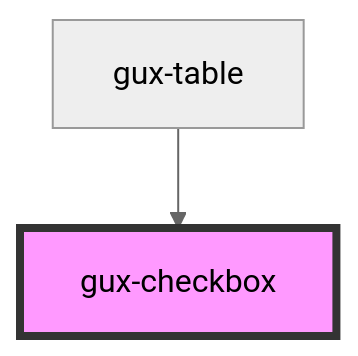
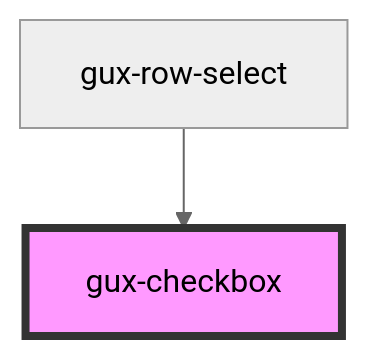
The diagram in src/components/stable/gux-checkbox/readme.md (ueno-llc/genesys-webcomponents), drawn with Mermaid (neutral theme) before and after one commit. The commit also changed other lines of this file and 6 other files, not shown here.

First line of the commit message:
feat(table row selection): create gux-row-select component

````diff
--- a/src/components/stable/gux-checkbox/readme.md
+++ b/src/components/stable/gux-checkbox/readme.md
@@ -52,5 +52,5 @@
 ```mermaid
 graph TD;
-  gux-table --> gux-checkbox
+  gux-row-select --> gux-checkbox
   style gux-checkbox fill:#f9f,stroke:#333,stroke-width:4px
 ```
````
